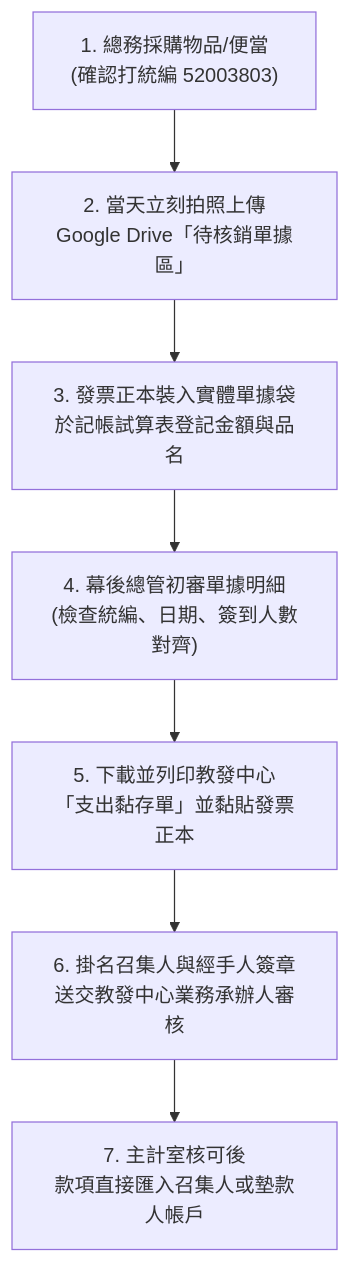
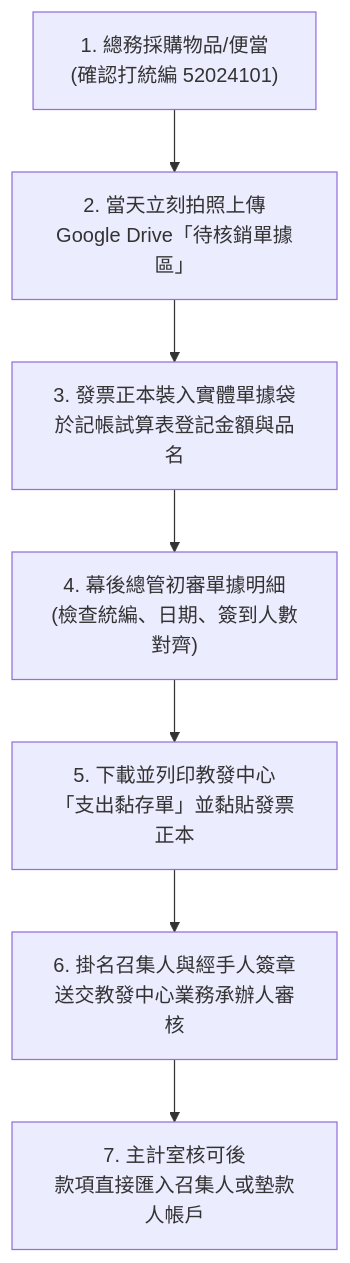
The diagram in 01_計畫申請與核銷_教發中心/02_經費核銷SOP與發票單據防呆手冊.md (KalmanGoose/nchu-pickleball-recruit), drawn with Mermaid before and after one commit. The commit also changed other lines of this file and 5 other files, not shown here.

````diff
--- a/01_計畫申請與核銷_教發中心/02_經費核銷SOP與發票單據防呆手冊.md
+++ b/01_計畫申請與核銷_教發中心/02_經費核銷SOP與發票單據防呆手冊.md
@@ -67,9 +67,9 @@
 ```mermaid
 flowchart TD
-    A["1. 總務採購物品/便當<br>(確認打統編 52003803)"] --> B["2. 當天立刻拍照上傳<br>Google Drive「待核銷單據區」"]
+    A["1. 總務採購物品/便當<br>(確認打統編 52024101)"] --> B["2. 當天立刻拍照上傳<br>Google Drive「待核銷單據區」"]
     B --> C["3. 發票正本裝入實體單據袋<br>於記帳試算表登記金額與品名"]
     C --> D["4. 幕後總管初審單據明細<br>(檢查統編、日期、簽到人數對齊)"]
     D --> E["5. 下載並列印教發中心<br>「支出黏存單」並黏貼發票正本"]
     E --> F["6. 掛名召集人與經手人簽章<br>送交教發中心業務承辦人審核"]
     F --> G["7. 主計室核可後<br>款項直接匯入召集人或墊款人帳戶"]
 ```
````
